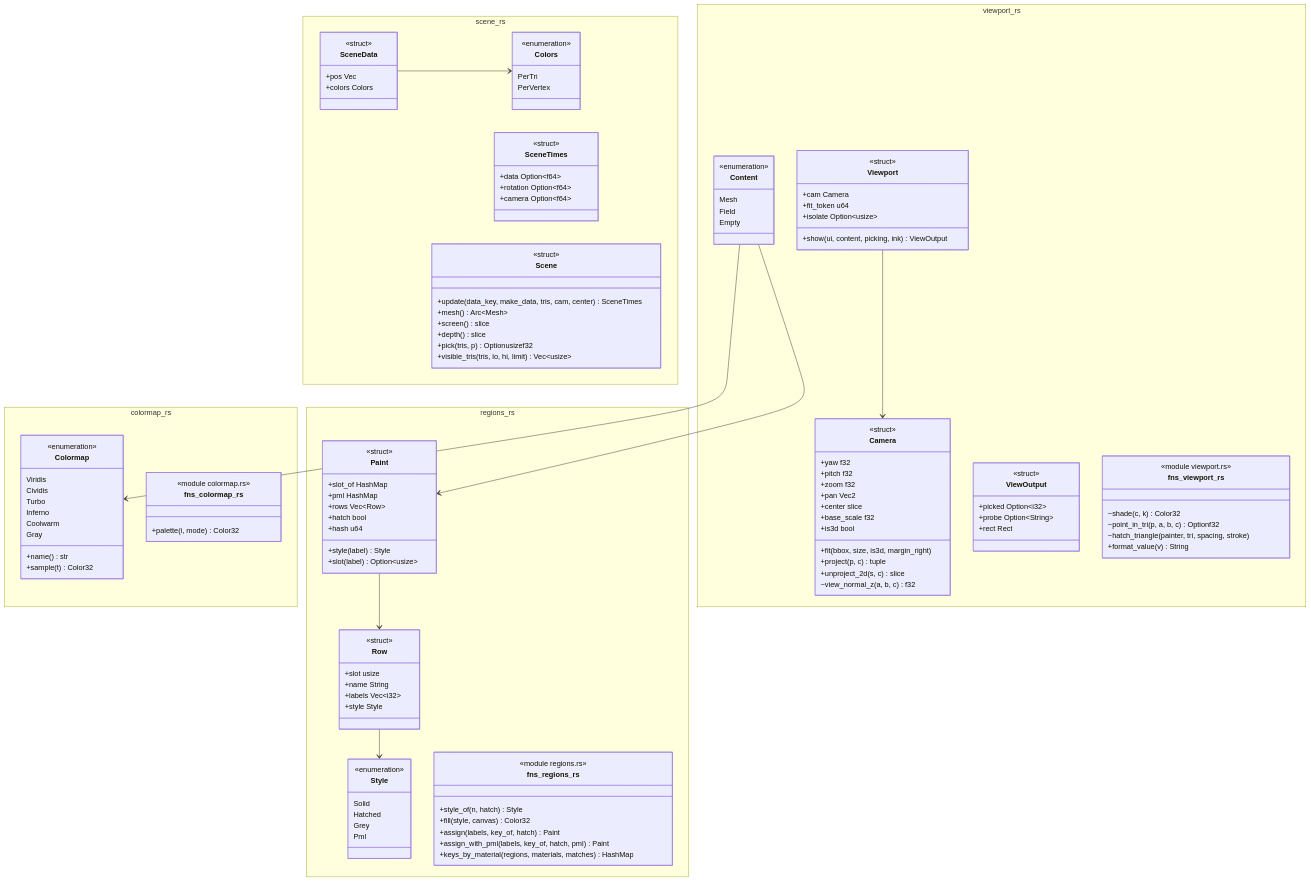
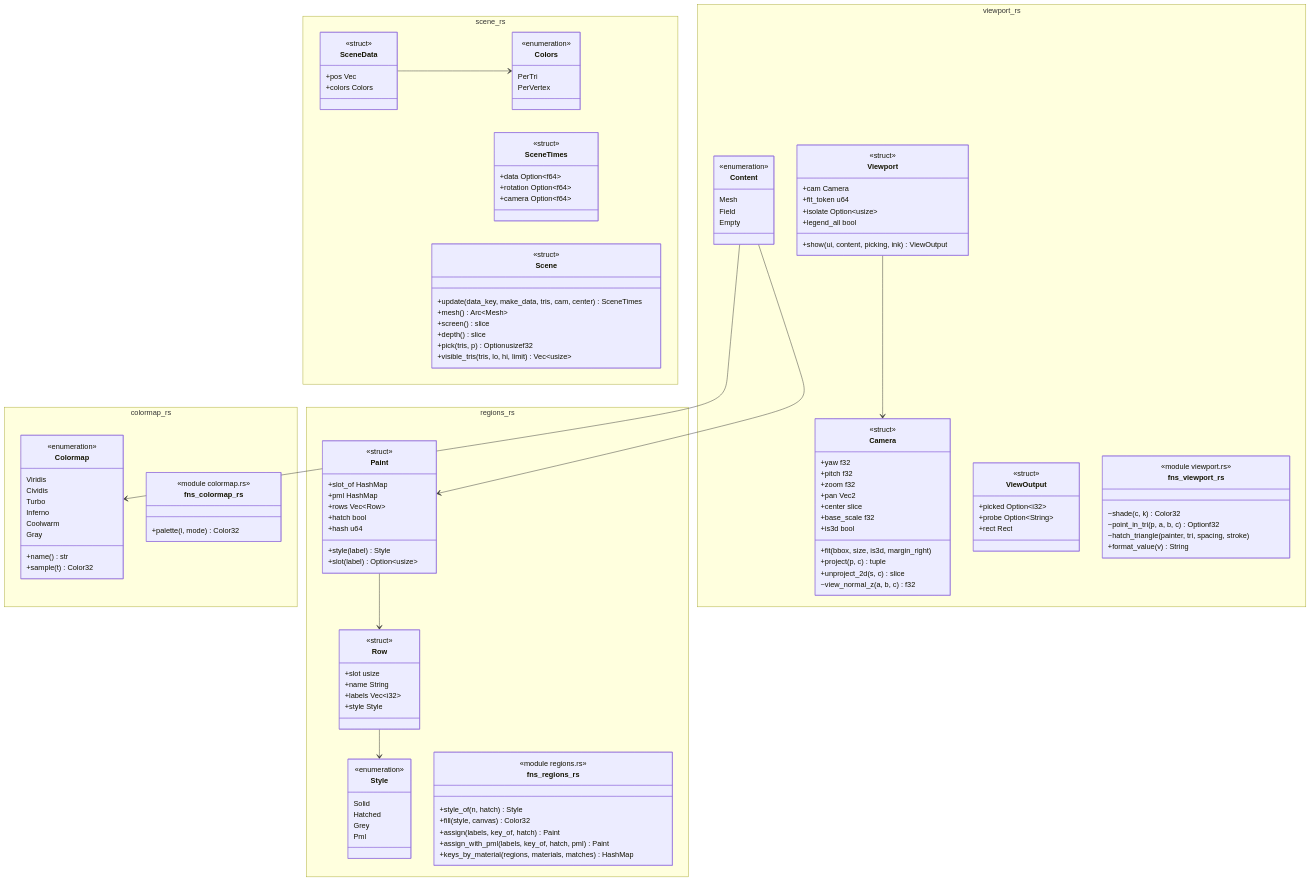
Before and after one commit to p-j-r/nyx: the diagram in docs/architecture/c4/4-code/app/viewport.md, drawn with Mermaid. The commit also changed other lines of this file and 110 other files, not shown here.

```diff
--- a/docs/architecture/c4/4-code/app/viewport.md
+++ b/docs/architecture/c4/4-code/app/viewport.md
@@ -146,6 +146,7 @@
         +cam Camera
         +fit_token u64
         +isolate Option~usize~
+        +legend_all bool
         +show(ui, content, picking, ink) ViewOutput
     }
     class fns_viewport_rs {
```
